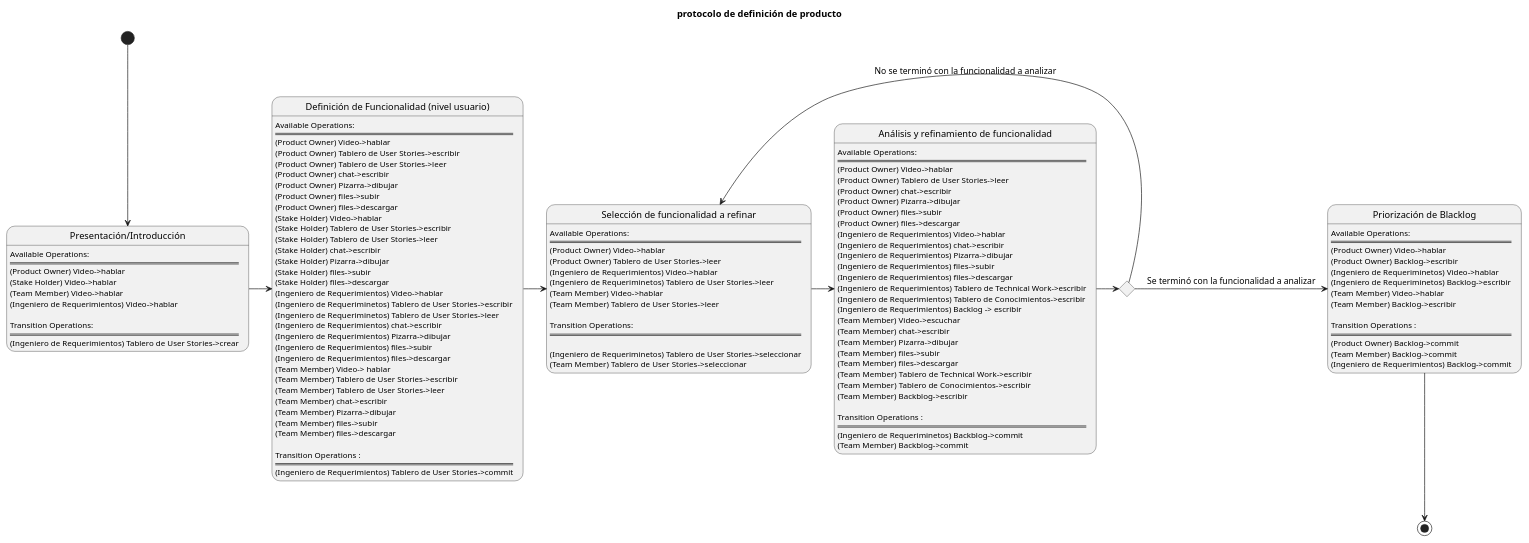
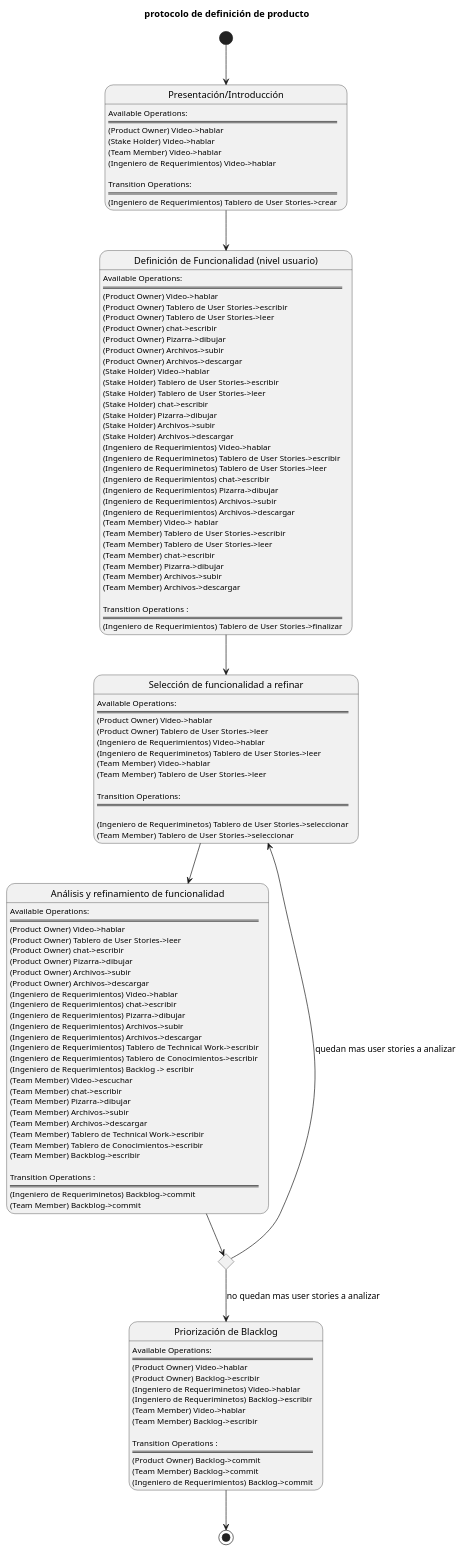
Before and after one commit to pablodanielrey/colaborativos: the second of 2 diagrams in entrega1/actividades/product/product.plantuml, drawn with PlantUML. The commit also changed other lines of this file, not shown here.

Commit message:
corrijo un poco la fucionalidad y agrego mas awarness

```diff
--- a/entrega1/actividades/product/product.plantuml
+++ b/entrega1/actividades/product/product.plantuml
@@ -48,130 +115,130 @@
 @startuml
 title protocolo de definición de producto
 
 state "Presentación/Introducción" as presentation
 presentation: Available Operations:
 presentation: ==================================================
 presentation: (Product Owner) Video->hablar
 presentation: (Stake Holder) Video->hablar
 presentation: (Team Member) Video->hablar
 presentation: (Ingeniero de Requerimientos) Video->hablar
 presentation: 
 presentation: Transition Operations:
 presentation: ==================================================
 presentation: (Ingeniero de Requerimientos) Tablero de User Stories->crear
 
 state "Definición de Funcionalidad (nivel usuario)" as a1
 a1: Available Operations:
 a1: ==================================================
 a1: (Product Owner) Video->hablar
 a1: (Product Owner) Tablero de User Stories->escribir
 a1: (Product Owner) Tablero de User Stories->leer
 a1: (Product Owner) chat->escribir
 a1: (Product Owner) Pizarra->dibujar
-a1: (Product Owner) files->subir
-a1: (Product Owner) files->descargar
+a1: (Product Owner) Archivos->subir
+a1: (Product Owner) Archivos->descargar
 a1: (Stake Holder) Video->hablar
 a1: (Stake Holder) Tablero de User Stories->escribir
 a1: (Stake Holder) Tablero de User Stories->leer
 a1: (Stake Holder) chat->escribir
 a1: (Stake Holder) Pizarra->dibujar
-a1: (Stake Holder) files->subir
-a1: (Stake Holder) files->descargar
+a1: (Stake Holder) Archivos->subir
+a1: (Stake Holder) Archivos->descargar
 a1: (Ingeniero de Requerimientos) Video->hablar
 a1: (Ingeniero de Requeriminetos) Tablero de User Stories->escribir
 a1: (Ingeniero de Requeriminetos) Tablero de User Stories->leer
 a1: (Ingeniero de Requerimientos) chat->escribir
 a1: (Ingeniero de Requerimientos) Pizarra->dibujar
-a1: (Ingeniero de Requerimientos) files->subir
-a1: (Ingeniero de Requerimientos) files->descargar
+a1: (Ingeniero de Requerimientos) Archivos->subir
+a1: (Ingeniero de Requerimientos) Archivos->descargar
 a1: (Team Member) Video-> hablar
 a1: (Team Member) Tablero de User Stories->escribir
 a1: (Team Member) Tablero de User Stories->leer
 a1: (Team Member) chat->escribir
 a1: (Team Member) Pizarra->dibujar
-a1: (Team Member) files->subir
-a1: (Team Member) files->descargar
+a1: (Team Member) Archivos->subir
+a1: (Team Member) Archivos->descargar
 a1:
 a1: Transition Operations :
 a1: ==================================================
-a1: (Ingeniero de Requerimientos) Tablero de User Stories->commit
+a1: (Ingeniero de Requerimientos) Tablero de User Stories->finalizar
 
 
 state "Selección de funcionalidad a refinar" as a3
 a3: Available Operations:
 a3: ==================================================
 a3: (Product Owner) Video->hablar
 a3: (Product Owner) Tablero de User Stories->leer
 a3: (Ingeniero de Requerimientos) Video->hablar
 a3: (Ingeniero de Requeriminetos) Tablero de User Stories->leer
 a3: (Team Member) Video->hablar
 a3: (Team Member) Tablero de User Stories->leer
 a3:
 a3: Transition Operations:
 a3: ==================================================
 a3:
 a3: (Ingeniero de Requeriminetos) Tablero de User Stories->seleccionar
 a3: (Team Member) Tablero de User Stories->seleccionar
 
 
 state "Análisis y refinamiento de funcionalidad" as a2
 a2: Available Operations:
 a2: ==================================================
 a2: (Product Owner) Video->hablar
 a2: (Product Owner) Tablero de User Stories->leer
 a2: (Product Owner) chat->escribir
 a2: (Product Owner) Pizarra->dibujar
-a2: (Product Owner) files->subir
-a2: (Product Owner) files->descargar
+a2: (Product Owner) Archivos->subir
+a2: (Product Owner) Archivos->descargar
 a2: (Ingeniero de Requerimientos) Video->hablar
 a2: (Ingeniero de Requerimientos) chat->escribir
 a2: (Ingeniero de Requerimientos) Pizarra->dibujar
-a2: (Ingeniero de Requerimientos) files->subir
-a2: (Ingeniero de Requerimientos) files->descargar
+a2: (Ingeniero de Requerimientos) Archivos->subir
+a2: (Ingeniero de Requerimientos) Archivos->descargar
 a2: (Ingeniero de Requerimientos) Tablero de Technical Work->escribir
 a2: (Ingeniero de Requerimientos) Tablero de Conocimientos->escribir
 a2: (Ingeniero de Requerimientos) Backlog -> escribir
 a2: (Team Member) Video->escuchar
 a2: (Team Member) chat->escribir
 a2: (Team Member) Pizarra->dibujar
-a2: (Team Member) files->subir
-a2: (Team Member) files->descargar
+a2: (Team Member) Archivos->subir
+a2: (Team Member) Archivos->descargar
 a2: (Team Member) Tablero de Technical Work->escribir
 a2: (Team Member) Tablero de Conocimientos->escribir
 a2: (Team Member) Backblog->escribir
 a2:
 a2: Transition Operations :
 a2: ==================================================
 a2: (Ingeniero de Requeriminetos) Backblog->commit
 a2: (Team Member) Backblog->commit
 
 
 
 state "Priorización de Blacklog" as a4
 a4: Available Operations:
 a4: ==================================================
 a4: (Product Owner) Video->hablar
 a4: (Product Owner) Backlog->escribir
 a4: (Ingeniero de Requeriminetos) Video->hablar
 a4: (Ingeniero de Requeriminetos) Backlog->escribir
 a4: (Team Member) Video->hablar
 a4: (Team Member) Backlog->escribir
 a4:
 a4: Transition Operations :
 a4: ==================================================
 a4: (Product Owner) Backlog->commit
 a4: (Team Member) Backlog->commit
 a4: (Ingeniero de Requerimientos) Backlog->commit
 
 state c1 <<choice>>
-
+ 
 [*] --> presentation
-presentation -> a1
-a1 -> a3
-a3 -> a2
-a2 -> c1
-c1 -> a3 : No se terminó con la funcionalidad a analizar
-c1 -> a4 : Se terminó con la funcionalidad a analizar
+presentation --> a1
+a1 --> a3
+a3 --> a2
+a2 --> c1
+c1 --> a3 : quedan mas user stories a analizar
+c1 --> a4 : no quedan mas user stories a analizar
 a4 --> [*]
 
 @enduml
```
